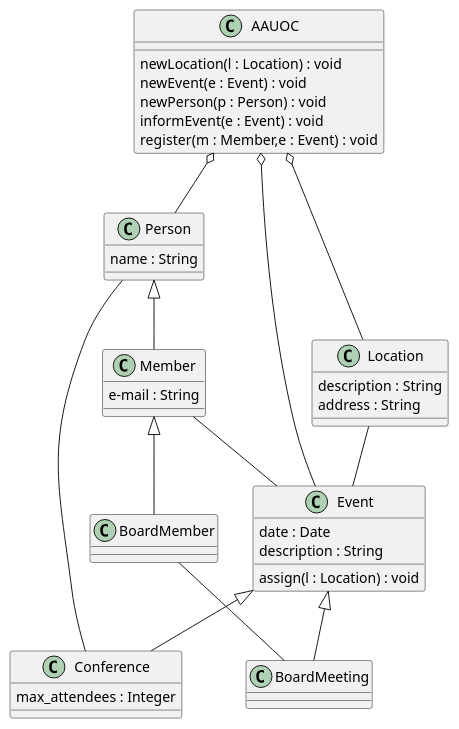
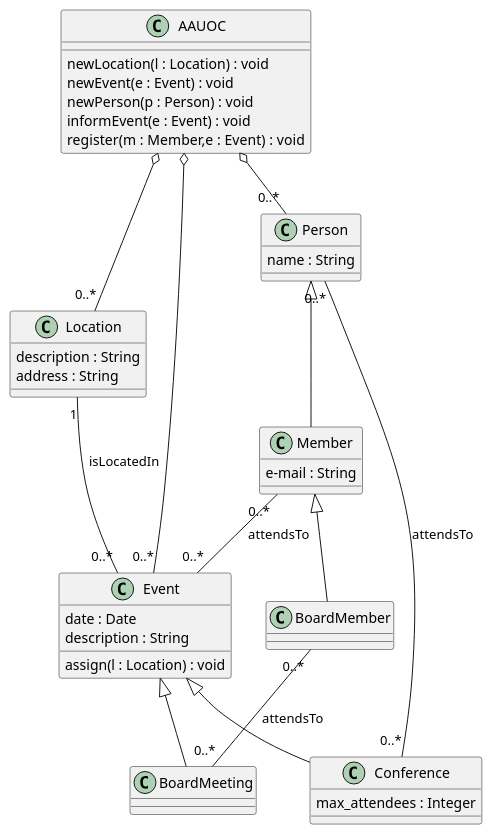
One commit to MissTurtle/UMLClasesElena changed the diagram in src/UMLClasesElena.puml. Above: the diagram before and after it, drawn with PlantUML.

Commit message:
IncCardinalidadYNavRelaciones

```diff
--- a/src/UMLClasesElena.puml
+++ b/src/UMLClasesElena.puml
@@ -1,46 +1,46 @@
 @startuml
 class Member{
 e-mail : String
 }
 class BoardMember{
 
 }
 class Event{
 date : Date
 description : String
 
 assign(l : Location) : void
 }
 class Conference{
 max_attendees : Integer
 }
 class BoardMeeting{
 
 }
 class Location{
 description : String
 address : String
 }
 class Person{
 name : String
 }
 class AAUOC{
 newLocation(l : Location) : void
 newEvent(e : Event) : void
 newPerson(p : Person) : void
 informEvent(e : Event) : void
 register(m : Member,e : Event) : void
 }
 
 Event <|-- Conference
 Event <|-- BoardMeeting
 Person <|-- Member
 Member <|-- BoardMember
-AAUOC o-- Person
-AAUOC o-- Event
-AAUOC o-- Location
-Person -- Conference
-Member -- Event
-BoardMember -- BoardMeeting
-Location -- Event
+AAUOC o-- "0..*" Person
+AAUOC o-- "0..*" Event
+AAUOC o-- "0..*" Location
+Person "0..*" -- "0..*" Conference : attendsTo
+Member "0..*" -- "0..*" Event : attendsTo
+BoardMember "0..*" -- "0..*" BoardMeeting : attendsTo
+Location "1" -- "0..*" Event : isLocatedIn
 @enduml
```
